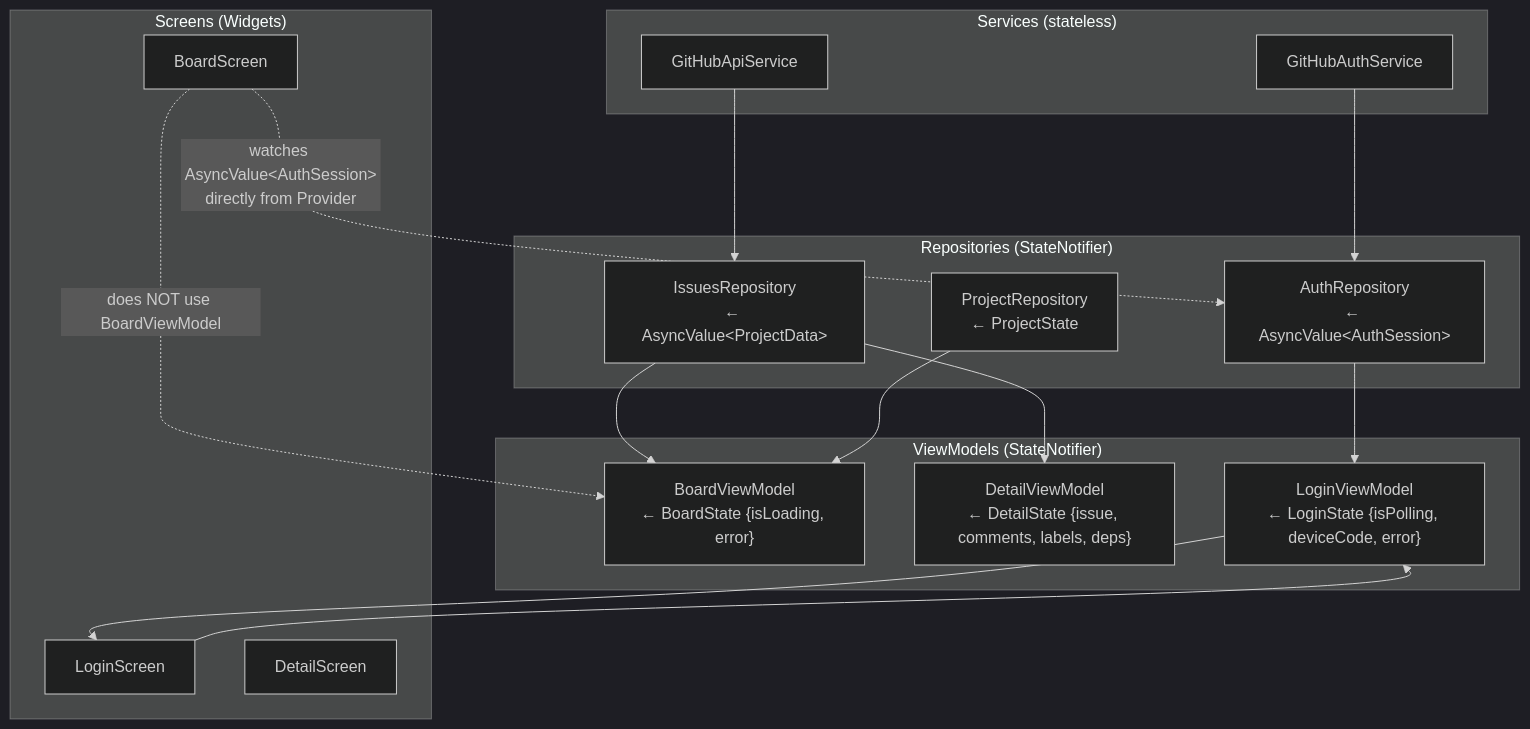
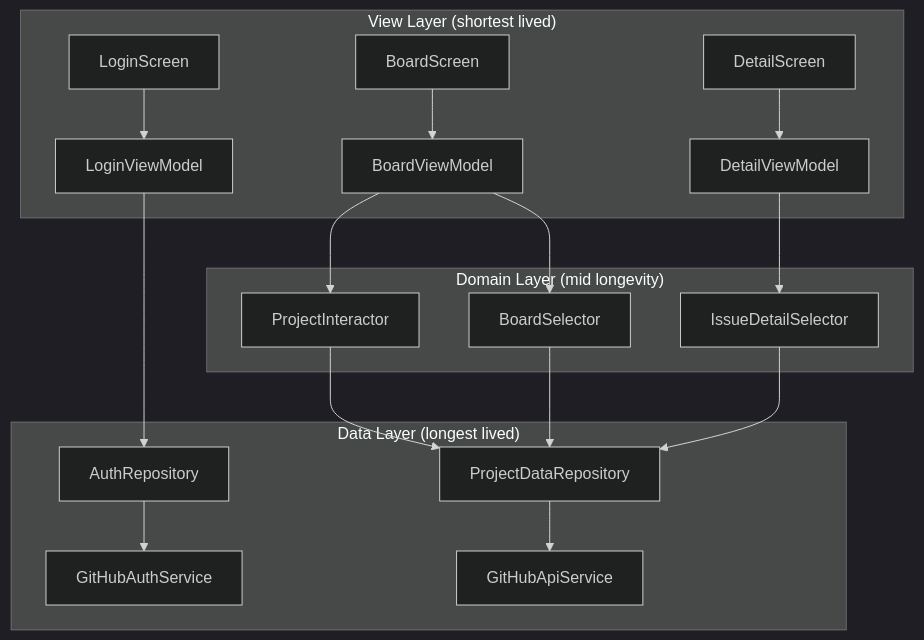
The first of 3 diagrams in docs/arch/data-flow.md (nicholasspencer/big-top), drawn with Mermaid (dark theme) before and after one commit. The commit also changed other lines of this file and 24 other files, not shown here.

First line of the commit message:
feat: predictable-flutter architecture (Data → Domain → View)

````diff
--- a/docs/arch/data-flow.md
+++ b/docs/arch/data-flow.md
@@ -7,37 +7,33 @@
 ```mermaid
-graph TD
-    subgraph Services["Services (stateless)"]
-        GAS[GitHubAuthService]
-        GAPI[GitHubApiService]
+graph TB
+    subgraph View["View Layer (shortest lived)"]
+        LoginScreen --> LoginVM[LoginViewModel]
+        BoardScreen --> BoardVM[BoardViewModel]
+        DetailScreen --> DetailVM[DetailViewModel]
     end
 
-    subgraph Repositories["Repositories (StateNotifier)"]
-        AR["AuthRepository\n← AsyncValue&lt;AuthSession&gt;"]
-        IR["IssuesRepository\n← AsyncValue&lt;ProjectData&gt;"]
-        PR["ProjectRepository\n← ProjectState"]
+    subgraph Domain["Domain Layer (mid longevity)"]
+        ProjectInt[ProjectInteractor]
+        BoardSel[BoardSelector]
+        DetailSel[IssueDetailSelector]
     end
 
-    subgraph ViewModels["ViewModels (StateNotifier)"]
-        BVM["BoardViewModel\n← BoardState {isLoading, error}"]
-        DVM["DetailViewModel\n← DetailState {issue, comments, labels, deps}"]
-        LVM["LoginViewModel\n← LoginState {isPolling, deviceCode, error}"]
+    subgraph Data["Data Layer (longest lived)"]
+        AuthRepo[AuthRepository]
+        DataRepo[ProjectDataRepository]
+        AuthSvc[GitHubAuthService]
+        ApiSvc[GitHubApiService]
     end
 
-    subgraph Screens["Screens (Widgets)"]
-        LS[LoginScreen]
-        BS[BoardScreen]
-        DS[DetailScreen]
-    end
+    LoginVM --> AuthRepo
+    BoardVM --> ProjectInt
+    BoardVM --> BoardSel
+    DetailVM --> DetailSel
 
-    GAS --> AR
-    GAPI --> IR
-    AR --> LVM
-    IR --> BVM
-    PR --> BVM
-    IR --> DVM
+    ProjectInt --> DataRepo
+    BoardSel --> DataRepo
+    DetailSel --> DataRepo
 
-    LVM --> LS
-    BS -.->|"watches AsyncValue&lt;AuthSession&gt;\ndirectly from Provider"| AR
-    BS -.->|"does NOT use BoardViewModel"| BVM
-    LS --> LVM
+    AuthRepo --> AuthSvc
+    DataRepo --> ApiSvc
 ```
````
